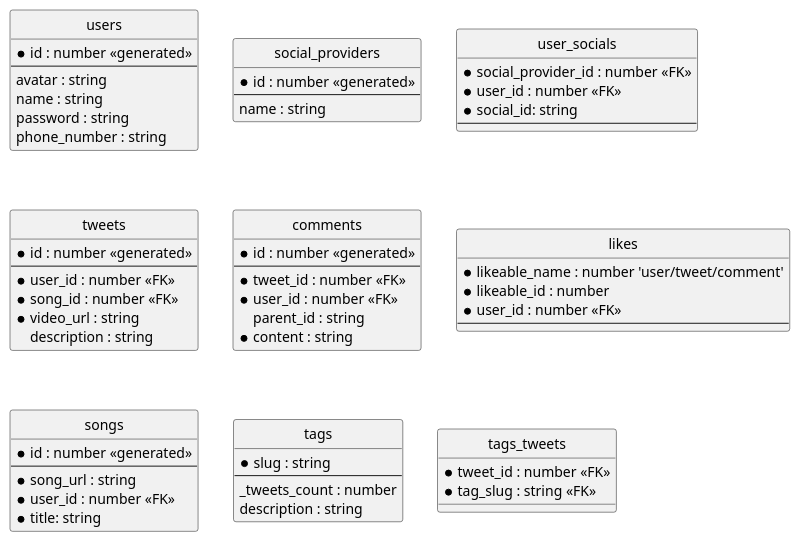
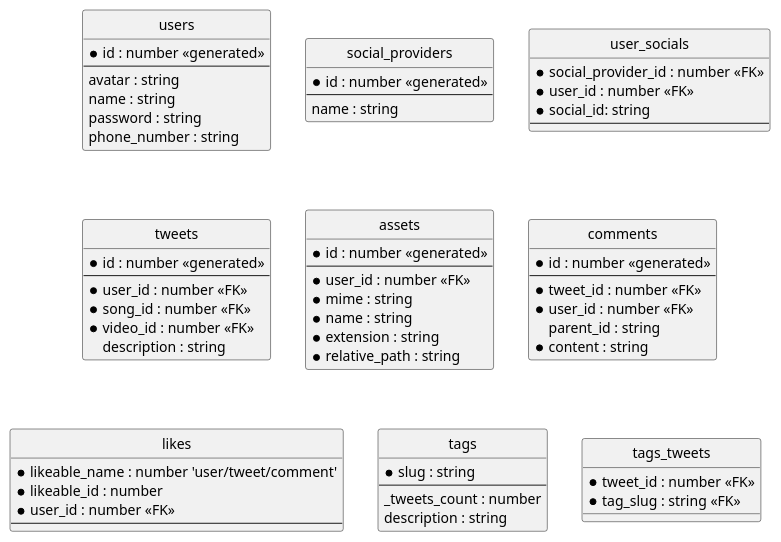
The diagram in documents/erd.puml (kmasterycsl/tiktok-clone), drawn with PlantUML before and after one commit.

Commit message:
feat: init backend

```diff
--- a/documents/erd.puml
+++ b/documents/erd.puml
@@ -1,76 +1,78 @@
 @startuml
 ' hide the spot
 hide circle
 ' avoid problems with angled crows feet
 skinparam linetype ortho
 
 entity "users" as users {
   *id : number <<generated>>
   --
   avatar : string
   name : string
   password : string
   phone_number : string
 }
 
 entity "social_providers" as social_providers {
   *id : number <<generated>>
   --
   name : string
 }
 
 entity "user_socials" as user_socials {
   *social_provider_id : number <<FK>>
   *user_id : number <<FK>>
   *social_id: string
   --
 }
 
 entity "tweets" as tweets {
   *id : number <<generated>>
   --
   *user_id : number <<FK>>
   *song_id : number <<FK>>
-  *video_url : string
+  *video_id : number <<FK>>
   description : string
+}
+
+entity "assets" as assets {
+  *id : number <<generated>>
+  --
+  *user_id : number <<FK>>
+  *mime : string
+  *name : string
+  *extension : string
+  *relative_path : string
 }
 
 entity "comments" as comments {
   *id : number <<generated>>
   --
   *tweet_id : number <<FK>>
   *user_id : number <<FK>>
   parent_id : string
   *content : string
 }
 
 entity "likes" as likes {
   *likeable_name : number 'user/tweet/comment'
   *likeable_id : number
   *user_id : number <<FK>>
   --
 }
 
-entity "songs" as songs {
-  *id : number <<generated>>
-  --
-  *song_url : string
-  *user_id : number <<FK>>
-  *title: string
-}
-
 entity "tags" as tags {
   *slug : string
   --
   _tweets_count : number
   description : string
 }
 
 entity "tags_tweets" as tags_tweets {
   *tweet_id : number <<FK>>
   *tag_slug : string <<FK>>
 }
 
 
 
 @enduml
```
